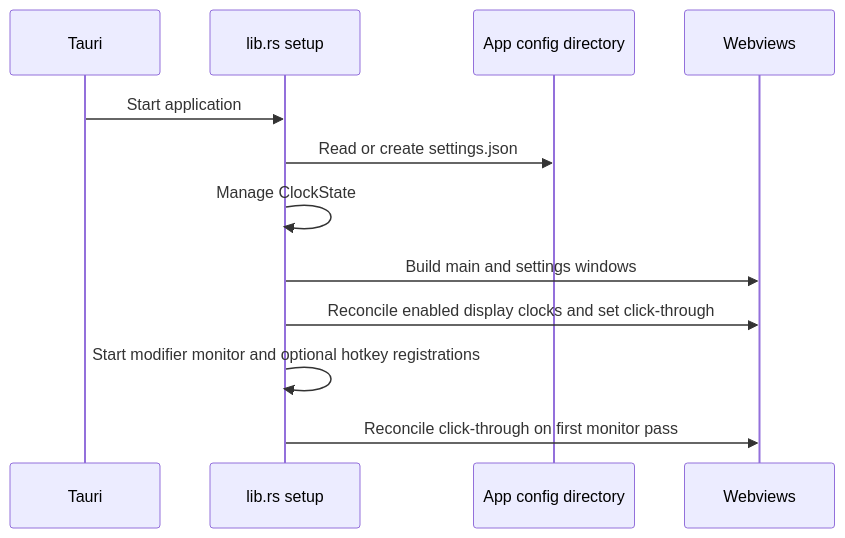
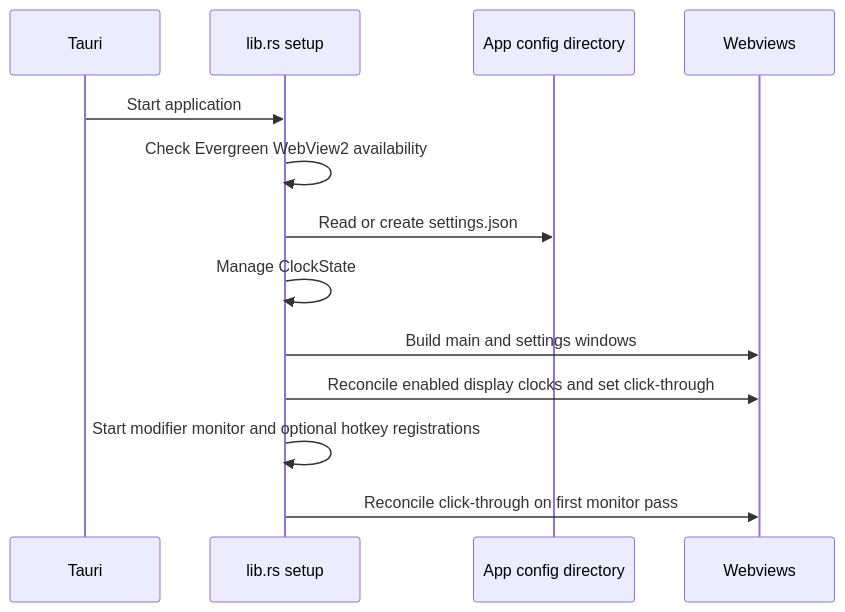
The second of 2 diagrams in src-tauri/doc/workflow_diagram.md (tbkmax/TopClock), drawn with Mermaid before and after one commit. The commit also changed other lines of this file and 35 other files, not shown here.

````diff
--- a/src-tauri/doc/workflow_diagram.md
+++ b/src-tauri/doc/workflow_diagram.md
@@ -35,14 +35,15 @@
 ```mermaid
 sequenceDiagram
     participant Tauri
     participant Rust as lib.rs setup
     participant Disk as App config directory
     participant UI as Webviews
     Tauri->>Rust: Start application
+    Rust->>Rust: Check Evergreen WebView2 availability
     Rust->>Disk: Read or create settings.json
     Rust->>Rust: Manage ClockState
     Rust->>UI: Build main and settings windows
     Rust->>UI: Reconcile enabled display clocks and set click-through
     Rust->>Rust: Start modifier monitor and optional hotkey registrations
     Rust->>UI: Reconcile click-through on first monitor pass
 ```
````
